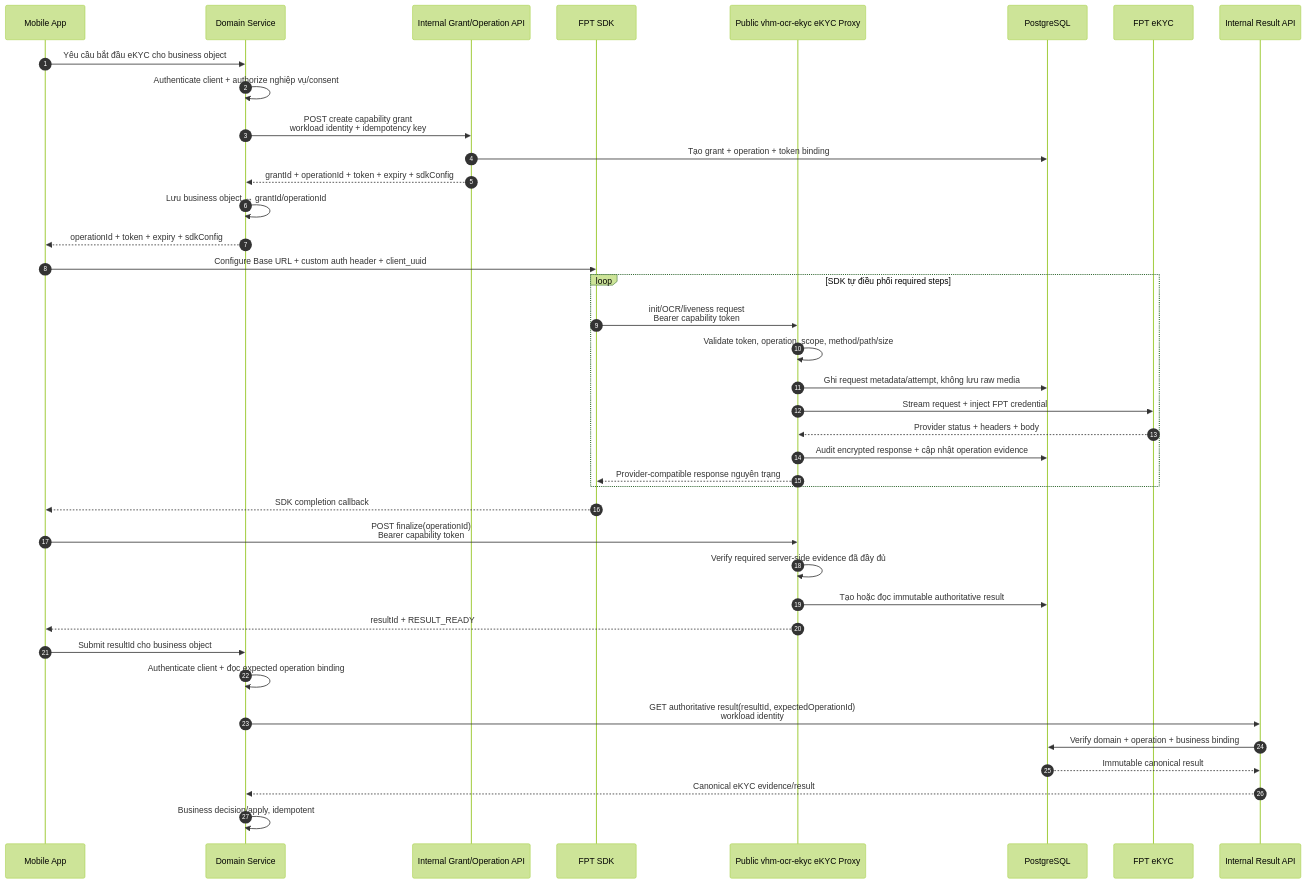
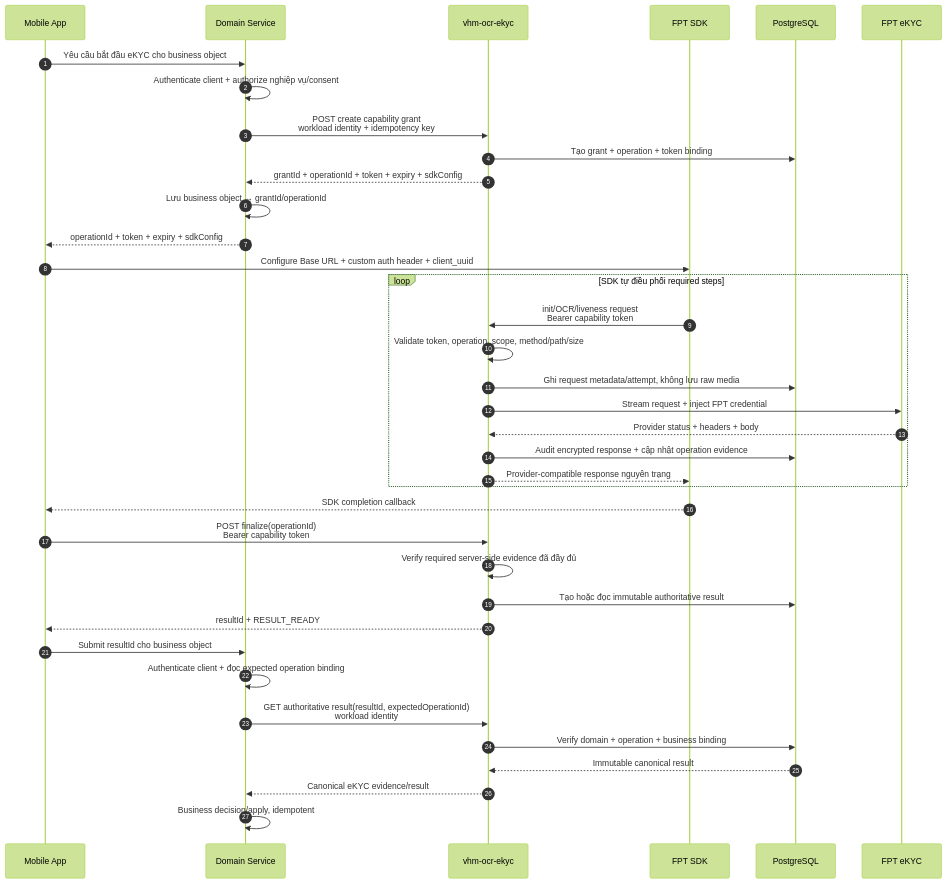
Before and after one commit to huynv-xyz/vhm: the fourth of 6 diagrams in tdd-ocr-ekyc-delegated-client-flow.md, drawn with Mermaid (forest theme). The commit also changed other lines of this file, not shown here.

````diff
--- a/tdd-ocr-ekyc-delegated-client-flow.md
+++ b/tdd-ocr-ekyc-delegated-client-flow.md
@@ -318,45 +301,43 @@
 ```mermaid
 sequenceDiagram
     autonumber
     participant A as Mobile App
     participant D as Domain Service
-    participant G as Internal Grant/Operation API
+    participant O as vhm-ocr-ekyc
     participant SDK as FPT SDK
-    participant E as Public vhm-ocr-ekyc eKYC Proxy
     participant DB as PostgreSQL
     participant F as FPT eKYC
-    participant R as Internal Result API
 
     A->>D: Yêu cầu bắt đầu eKYC cho business object
     D->>D: Authenticate client + authorize nghiệp vụ/consent
-    D->>G: POST create capability grant<br/>workload identity + idempotency key
-    G->>DB: Tạo grant + operation + token binding
-    G-->>D: grantId + operationId + token + expiry + sdkConfig
+    D->>O: POST create capability grant<br/>workload identity + idempotency key
+    O->>DB: Tạo grant + operation + token binding
+    O-->>D: grantId + operationId + token + expiry + sdkConfig
     D->>D: Lưu business object ↔ grantId/operationId
     D-->>A: operationId + token + expiry + sdkConfig
     A->>SDK: Configure Base URL + custom auth header + client_uuid
 
     loop SDK tự điều phối required steps
-        SDK->>E: init/OCR/liveness request<br/>Bearer capability token
-        E->>E: Validate token, operation, scope, method/path/size
-        E->>DB: Ghi request metadata/attempt, không lưu raw media
-        E->>F: Stream request + inject FPT credential
-        F-->>E: Provider status + headers + body
-        E->>DB: Audit encrypted response + cập nhật operation evidence
-        E-->>SDK: Provider-compatible response nguyên trạng
+        SDK->>O: init/OCR/liveness request<br/>Bearer capability token
+        O->>O: Validate token, operation, scope, method/path/size
+        O->>DB: Ghi request metadata/attempt, không lưu raw media
+        O->>F: Stream request + inject FPT credential
+        F-->>O: Provider status + headers + body
+        O->>DB: Audit encrypted response + cập nhật operation evidence
+        O-->>SDK: Provider-compatible response nguyên trạng
     end
 
     SDK-->>A: SDK completion callback
-    A->>E: POST finalize(operationId)<br/>Bearer capability token
-    E->>E: Verify required server-side evidence đã đầy đủ
-    E->>DB: Tạo hoặc đọc immutable authoritative result
-    E-->>A: resultId + RESULT_READY
+    A->>O: POST finalize(operationId)<br/>Bearer capability token
+    O->>O: Verify required server-side evidence đã đầy đủ
+    O->>DB: Tạo hoặc đọc immutable authoritative result
+    O-->>A: resultId + RESULT_READY
 
     A->>D: Submit resultId cho business object
     D->>D: Authenticate client + đọc expected operation binding
-    D->>R: GET authoritative result(resultId, expectedOperationId)<br/>workload identity
-    R->>DB: Verify domain + operation + business binding
-    DB-->>R: Immutable canonical result
-    R-->>D: Canonical eKYC evidence/result
+    D->>O: GET authoritative result(resultId, expectedOperationId)<br/>workload identity
+    O->>DB: Verify domain + operation + business binding
+    DB-->>O: Immutable canonical result
+    O-->>D: Canonical eKYC evidence/result
     D->>D: Business decision/apply, idempotent
 ```
````
